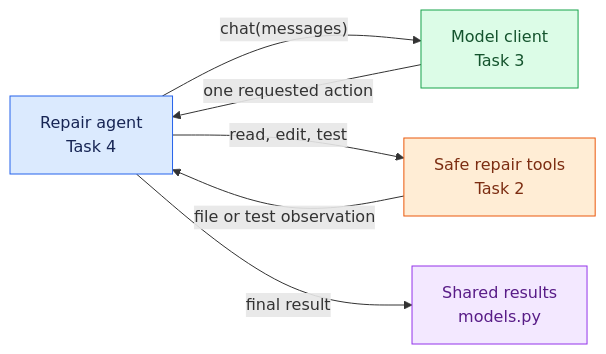
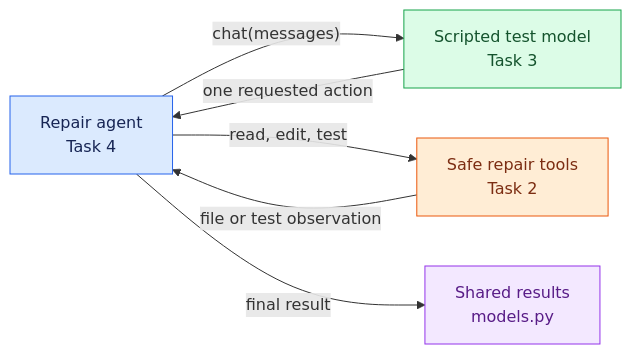
The diagram in tasks/01-core-vocabulary.md (ForgettaAnthony/coding-agent-lab), drawn with Mermaid before and after one commit. The commit also changed other lines of this file and 4 other files, not shown here.

Commit message:
docs: simplify required model preparation task

````diff
--- a/tasks/01-core-vocabulary.md
+++ b/tasks/01-core-vocabulary.md
@@ -11,23 +11,23 @@
 ```mermaid
 flowchart LR
     agent["Repair agent\nTask 4"]
-    model["Model client\nTask 3"]
+    model["Scripted test model\nTask 3"]
     tools["Safe repair tools\nTask 2"]
     results["Shared results\nmodels.py"]
 
     agent -->|"chat(messages)"| model
     model -->|"one requested action"| agent
     agent -->|"read, edit, test"| tools
     tools -->|"file or test observation"| agent
     agent -->|"final result"| results
 
     classDef repairAgent fill:#dbeafe,stroke:#2563eb,color:#172554
     classDef modelClient fill:#dcfce7,stroke:#16a34a,color:#14532d
     classDef repairTools fill:#ffedd5,stroke:#ea580c,color:#7c2d12
     classDef sharedResults fill:#f3e8ff,stroke:#9333ea,color:#581c87
 
     class agent repairAgent
     class model modelClient
     class tools repairTools
     class results sharedResults
 ```
````
